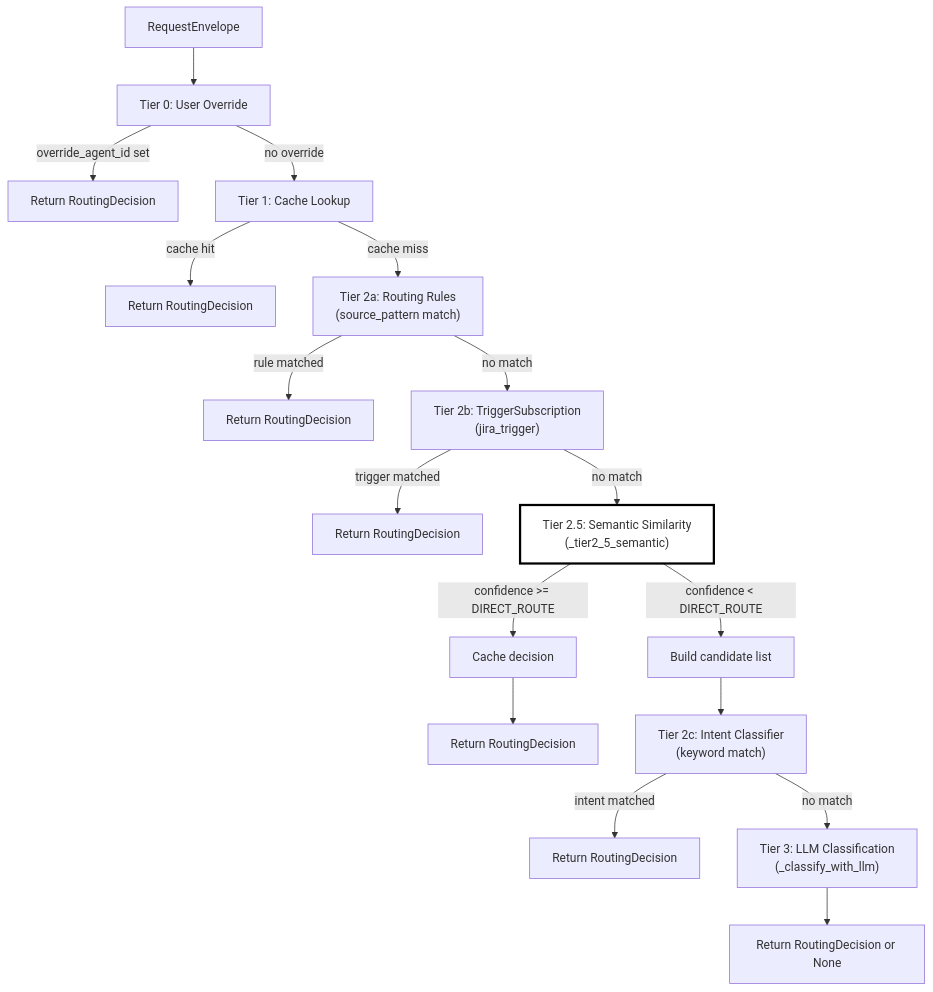
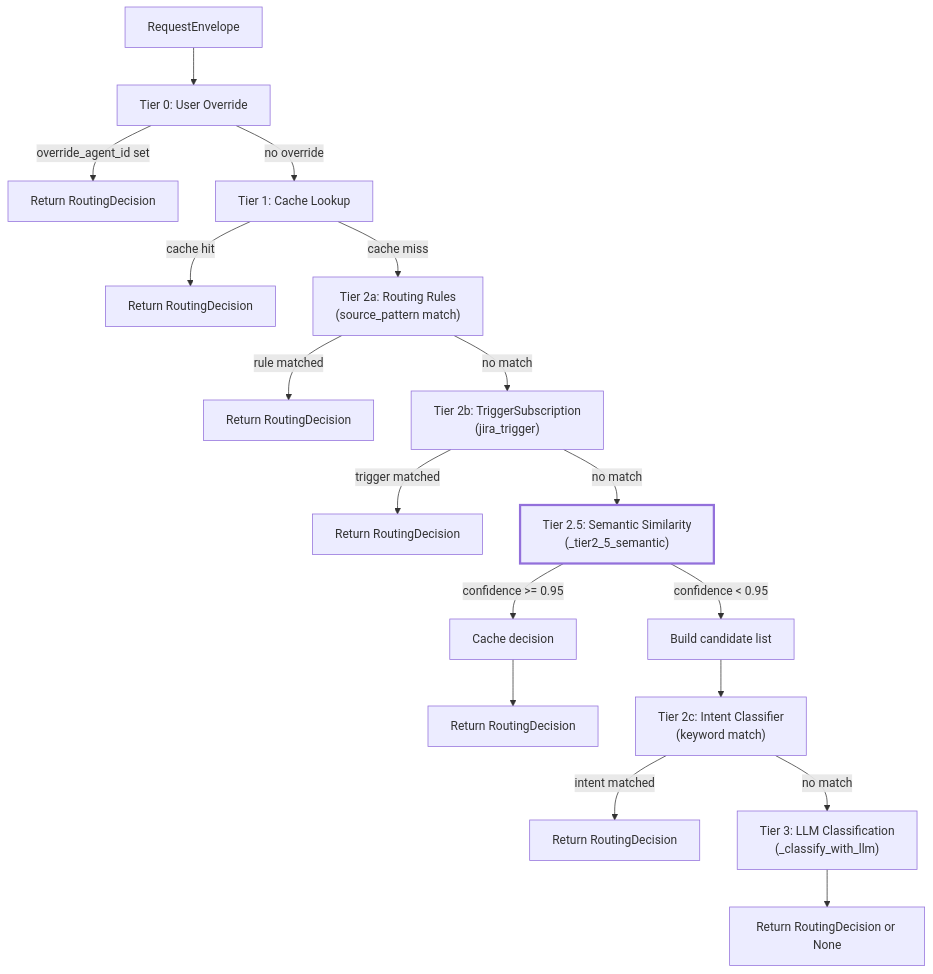
The first of 4 diagrams in docs/universal-router/tier-25-semantic-similarity.md (AutomatosAI/automatos-ai), drawn with Mermaid before and after one commit. The commit also changed other lines of this file and 153 other files, not shown here.

````diff
--- a/docs/universal-router/tier-25-semantic-similarity.md
+++ b/docs/universal-router/tier-25-semantic-similarity.md
@@ -54,28 +45,28 @@
 ```mermaid
 flowchart TD
     Start["RequestEnvelope"] --> T0["Tier 0: User Override"]
     T0 -->|"override_agent_id set"| Decision1["Return RoutingDecision"]
     T0 -->|"no override"| T1["Tier 1: Cache Lookup"]
     
     T1 -->|"cache hit"| Decision2["Return RoutingDecision"]
     T1 -->|"cache miss"| T2a["Tier 2a: Routing Rules<br/>(source_pattern match)"]
     
     T2a -->|"rule matched"| Decision3["Return RoutingDecision"]
     T2a -->|"no match"| T2b["Tier 2b: TriggerSubscription<br/>(jira_trigger)"]
     
     T2b -->|"trigger matched"| Decision4["Return RoutingDecision"]
     T2b -->|"no match"| T25["Tier 2.5: Semantic Similarity<br/>(_tier2_5_semantic)"]
     
-    T25 -->|"confidence >= DIRECT_ROUTE"| CachePut["Cache decision"]
+    T25 -->|"confidence >= 0.95"| CachePut["Cache decision"]
     CachePut --> Decision5["Return RoutingDecision"]
     
-    T25 -->|"confidence < DIRECT_ROUTE"| Candidates["Build candidate list"]
+    T25 -->|"confidence < 0.95"| Candidates["Build candidate list"]
     Candidates --> T2c["Tier 2c: Intent Classifier<br/>(keyword match)"]
     
     T2c -->|"intent matched"| Decision6["Return RoutingDecision"]
     T2c -->|"no match"| T3["Tier 3: LLM Classification<br/>(_classify_with_llm)"]
     
     T3 --> Decision7["Return RoutingDecision or None"]
     
-    style T25 fill:#ffffff,stroke:#000000,stroke-width:3px
+    style T25 stroke-width:3px
 ```
````
